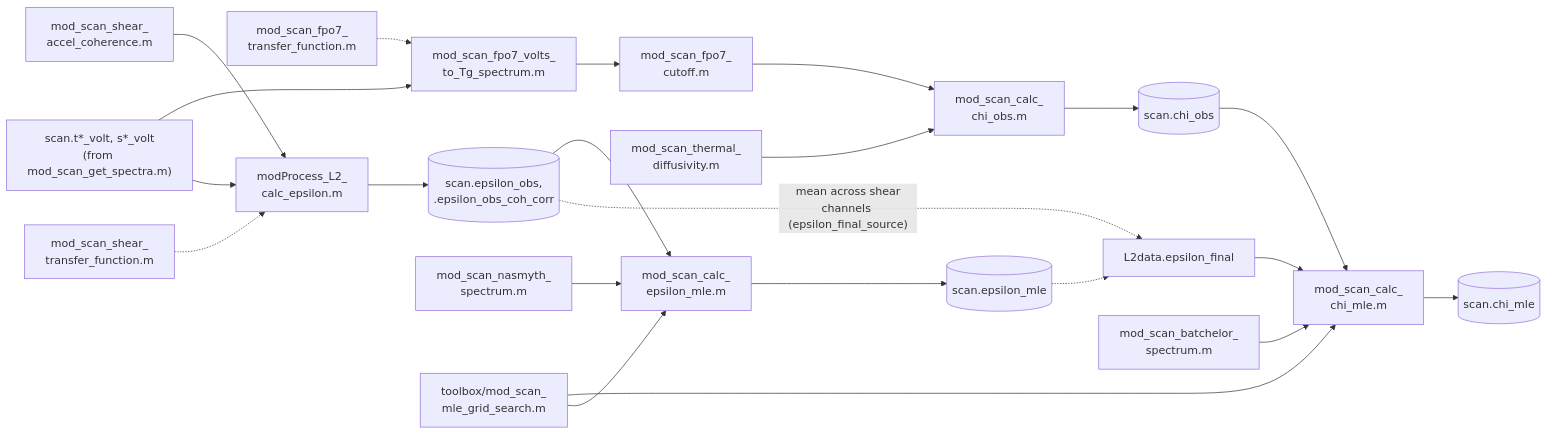
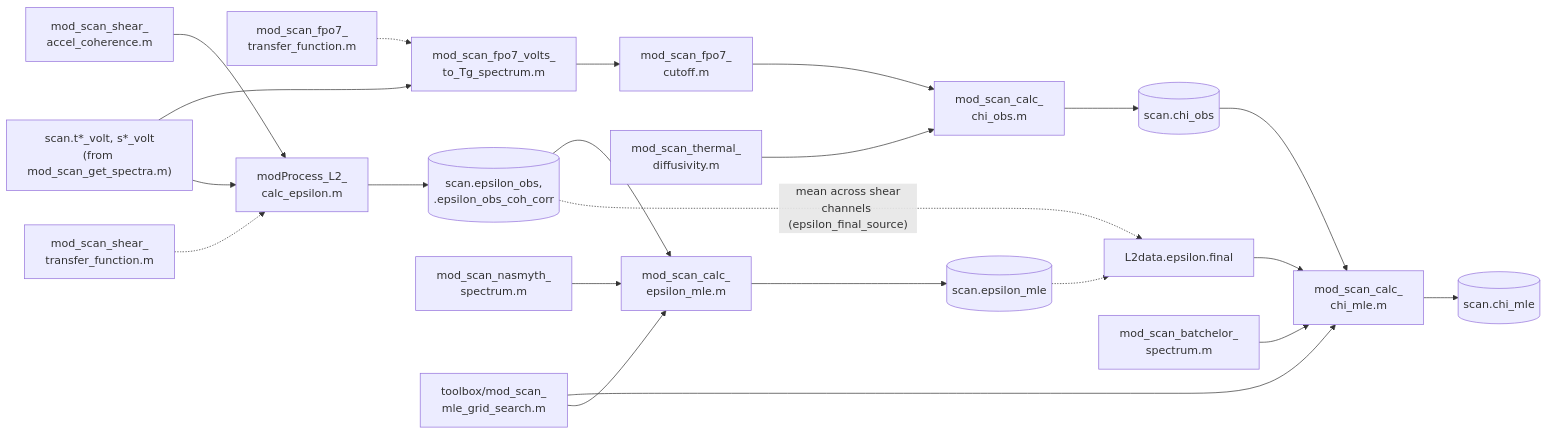
Before and after one commit to nicolecouto/MOD_fish_processing: the fourth of 4 diagrams in docs/workflow/pipeline_overview.md, drawn with Mermaid. The commit also changed other lines of this file and 22 other files, not shown here.

Commit message:
Group turbulence in L2 and the gridded data (epsilon, chi, microconductivity, qc structs, <channel>_<variant> leaves; grid v7); grid data renamed gridded (processed/<run>/gridded/gridded.mat); monitor and MODvis_spectra updated; bench noise found via the run yml

````diff
--- a/docs/workflow/pipeline_overview.md
+++ b/docs/workflow/pipeline_overview.md
@@ -210,26 +210,26 @@
 ```mermaid
 flowchart LR
   SPECIN["scan.t*_volt, s*_volt<br/>(from mod_scan_get_spectra.m)"] --> TG["mod_scan_fpo7_volts_<br/>to_Tg_spectrum.m"]
   XFER["mod_scan_fpo7_<br/>transfer_function.m"] -.-> TG
   TG --> CUTOFF["mod_scan_fpo7_<br/>cutoff.m"]
   CUTOFF --> CHIOBS["mod_scan_calc_<br/>chi_obs.m"]
   KT["mod_scan_thermal_<br/>diffusivity.m"] --> CHIOBS
   CHIOBS --> CHIOBSOUT[("scan.chi_obs")]
 
   SPECIN --> EPSPROC["modProcess_L2_<br/>calc_epsilon.m"]
   COH["mod_scan_shear_<br/>accel_coherence.m"] --> EPSPROC
   SHXFER["mod_scan_shear_<br/>transfer_function.m"] -.-> EPSPROC
   EPSPROC --> EPSOBS[("scan.epsilon_obs,<br/>.epsilon_obs_coh_corr")]
   NASM["mod_scan_nasmyth_<br/>spectrum.m"] --> EPSMLE["mod_scan_calc_<br/>epsilon_mle.m"]
   EPSOBS --> EPSMLE
   EPSMLE --> EPSMLEOUT[("scan.epsilon_mle")]
 
-  EPSOBS -.->|"mean across shear<br/>channels (epsilon_final_source)"| EPSFINAL["L2data.epsilon_final"]
+  EPSOBS -.->|"mean across shear<br/>channels (epsilon_final_source)"| EPSFINAL["L2data.epsilon.final"]
   EPSMLEOUT -.-> EPSFINAL
   EPSFINAL --> CHIMLE["mod_scan_calc_<br/>chi_mle.m"]
   CHIOBSOUT --> CHIMLE
   BATCH["mod_scan_batchelor_<br/>spectrum.m"] --> CHIMLE
   MLEGRID["toolbox/mod_scan_<br/>mle_grid_search.m"] --> CHIMLE
   MLEGRID --> EPSMLE
   CHIMLE --> CHIMLEOUT[("scan.chi_mle")]
 ```
````
